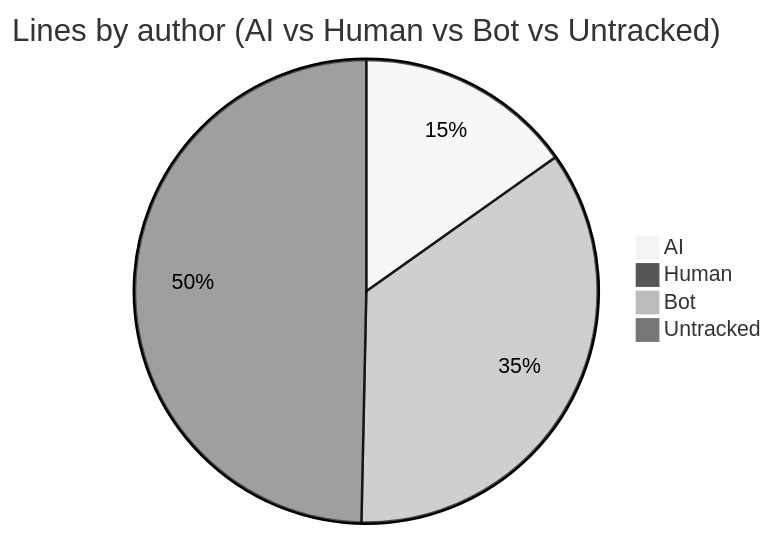
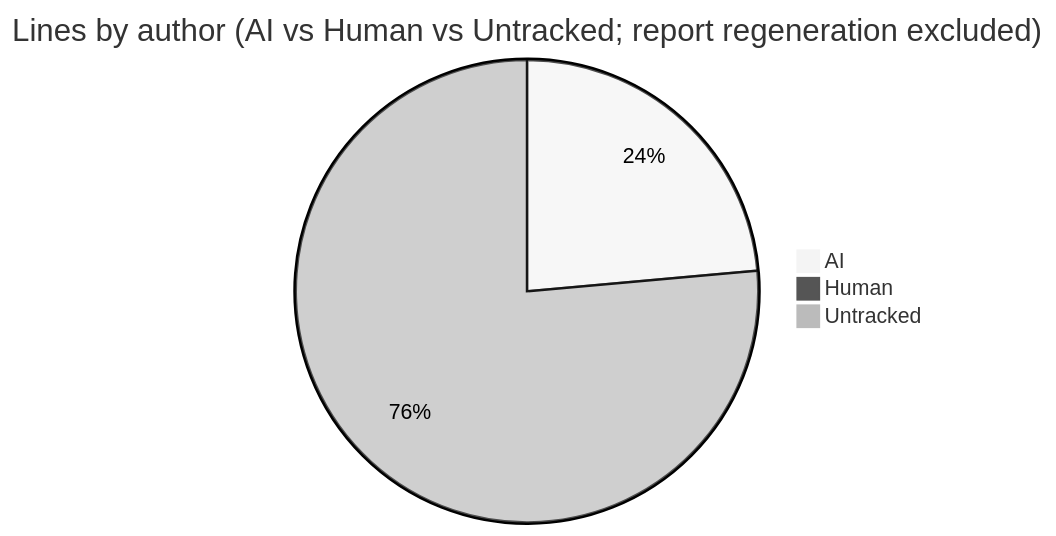
Before and after one commit to CaliMark/game-of-life: the first of 2 diagrams in AI-AUTHORSHIP.md, drawn with Mermaid (neutral theme). The commit also changed other lines of this file, not shown here.

Commit message:
docs: regenerate AI authorship report

````diff
--- a/AI-AUTHORSHIP.md
+++ b/AI-AUTHORSHIP.md
@@ -20,7 +20,6 @@
 ```mermaid
-pie title Lines by author (AI vs Human vs Bot vs Untracked)
-    "AI" : 930
+pie title Lines by author (AI vs Human vs Untracked; report regeneration excluded)
+    "AI" : 938
     "Human" : 1
-    "Bot" : 2151
     "Untracked" : 3040
 ```
````
